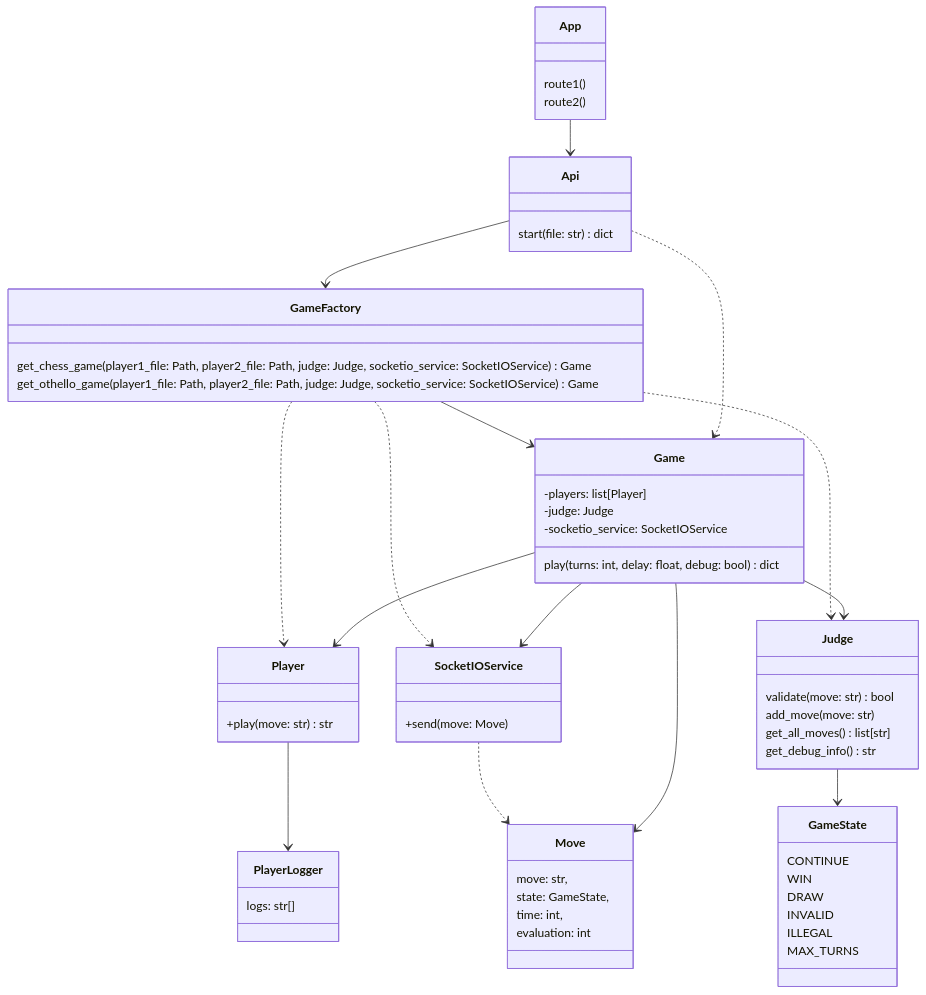
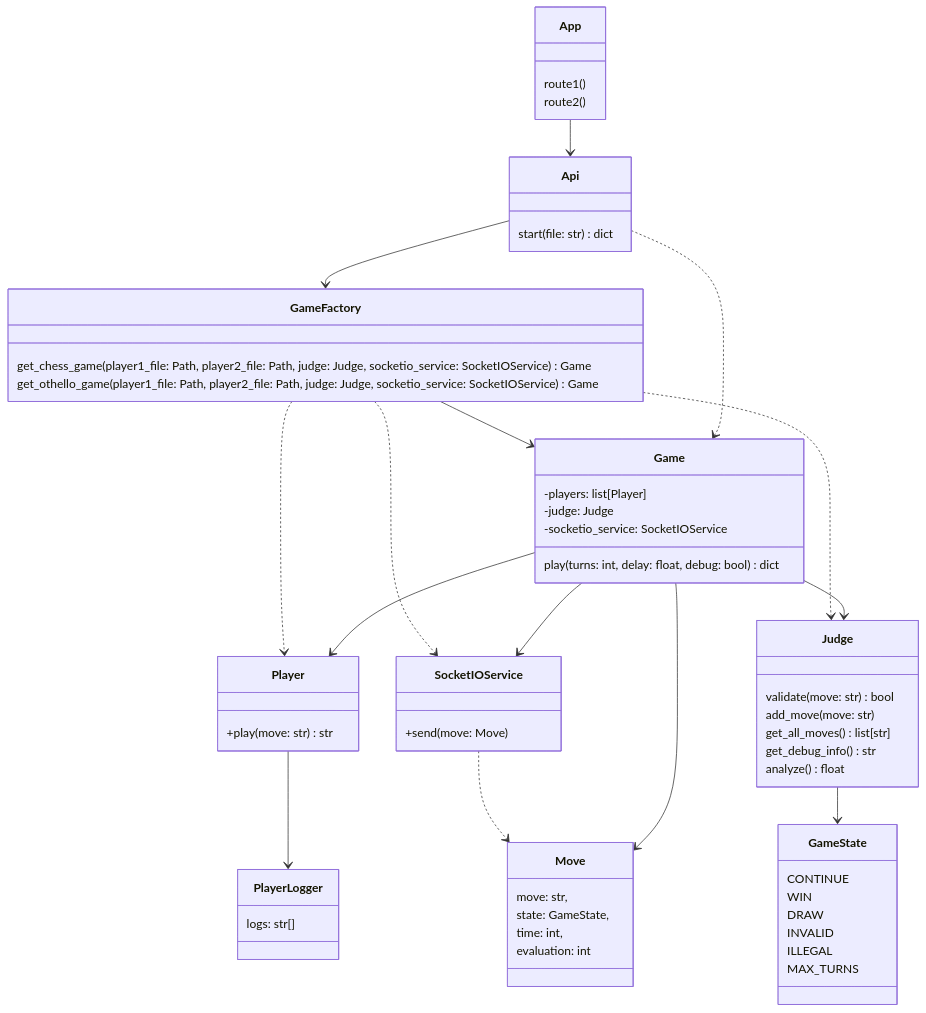
The third of 5 diagrams in docs/architecture.md (game-ai-platform-team/tira-ai-platform), drawn with Mermaid before and after one commit.

Commit message:
docs: Update architecture

````diff
--- a/docs/architecture.md
+++ b/docs/architecture.md
@@ -95,76 +95,77 @@
 ```mermaid
 classDiagram
 
 App --> Api
 Api ..> Game
 Api --> GameFactory
 Game --> Player
 Game --> Judge
 Game --> Move
 Game --> SocketIOService
 GameFactory --> Game
 GameFactory ..> Judge
 GameFactory ..> Player
 GameFactory ..> SocketIOService
 Judge --> GameState
 Player --> PlayerLogger
 
 SocketIOService ..> Move
 
 class GameFactory {
     get_chess_game(player1_file: Path, player2_file: Path, judge: Judge, socketio_service: SocketIOService) Game
     get_othello_game(player1_file: Path, player2_file: Path, judge: Judge, socketio_service: SocketIOService) Game
 }
 
 class Game {
     -players: list[Player]
     -judge: Judge
     -socketio_service: SocketIOService
 
     play(turns: int, delay: float, debug: bool) dict
 }
 
 class SocketIOService {
     +send(move: Move)
 }
 
 class Judge {
     validate(move: str) bool
     add_move(move: str)
     get_all_moves() list[str]
     get_debug_info() str
+    analyze() float
 }
 
 class Player {
     +play(move: str) str
 }
 
 class GameState {
     CONTINUE
     WIN
     DRAW
     INVALID
     ILLEGAL
     MAX_TURNS
 }
 
 class PlayerLogger {
     logs: str[]
 }
 
 class Move {
     move: str,
     state: GameState,
     time: int,
     evaluation: int
 }
 
 class Api {
     start(file: str) dict
 }
 
 class App {
     route1()
     route2()
 }
 ```
````
